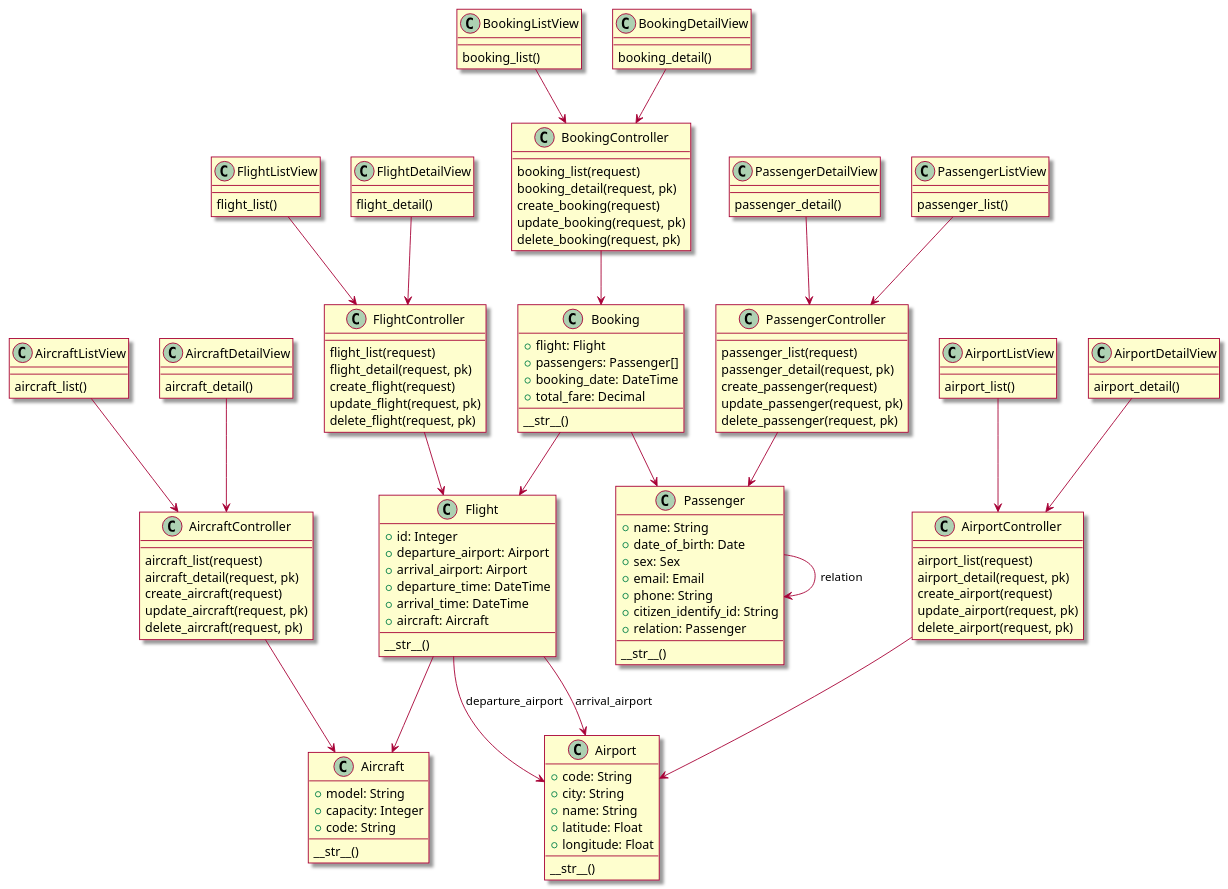
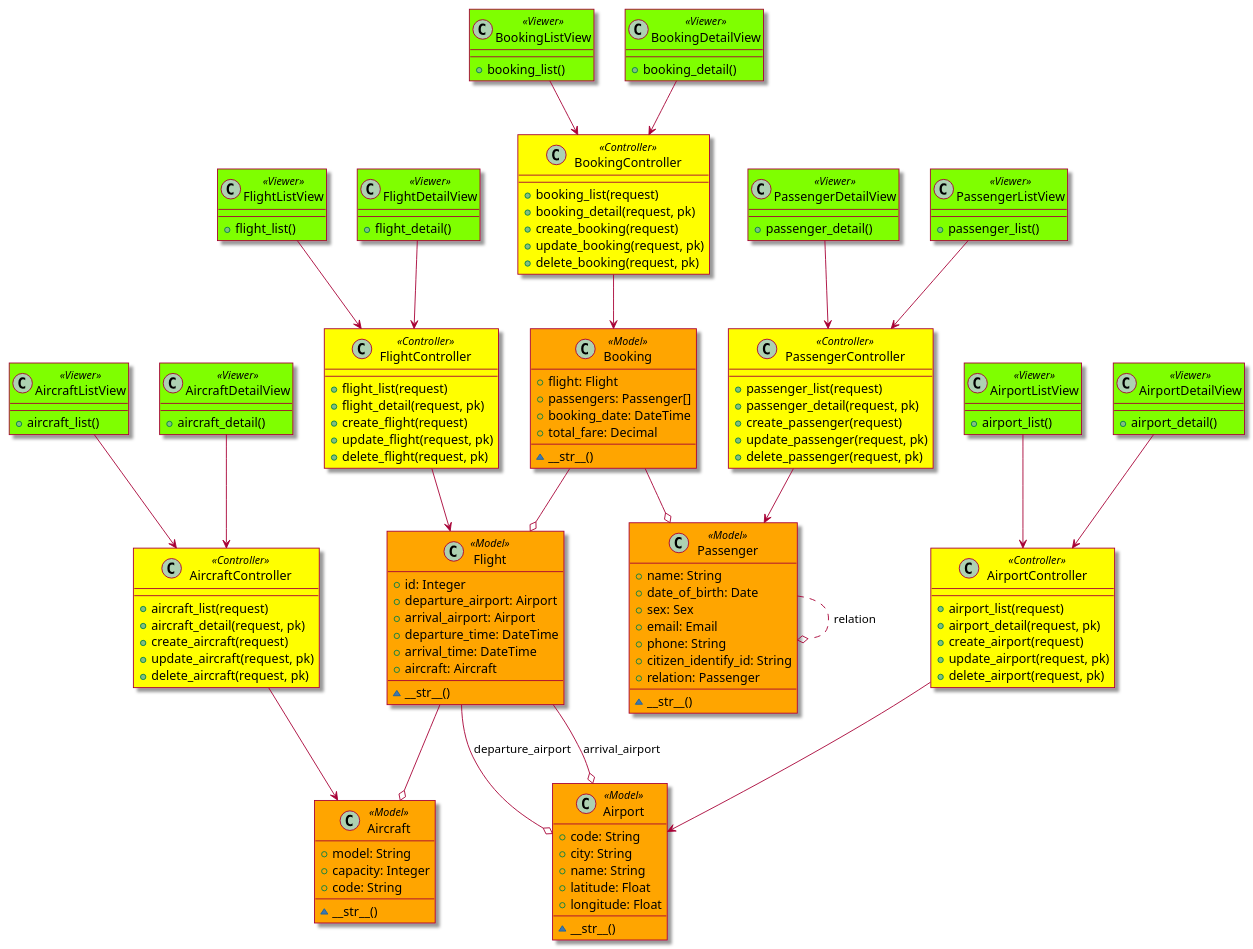
The diagram in documents/class.puml (t-pk/aviation-management-project), drawn with PlantUML before and after one commit. The commit also changed 1 other file, not shown here.

Commit message:
update class diagram

```diff
--- a/documents/class.puml
+++ b/documents/class.puml
@@ -1,154 +1,167 @@
 @startuml "class uml"
 
 skin rose
 
-class Flight {
+skinparam class {
+BackgroundColor<<Model>> orange
+}
+
+skinparam class {
+BackgroundColor<<Controller>> yellow
+}
+
+skinparam class {
+BackgroundColor<<Viewer>> chartreuse
+}
+
+
+class Flight <<Model>> {
     + id: Integer
     + departure_airport: Airport
     + arrival_airport: Airport
     + departure_time: DateTime
     + arrival_time: DateTime
     + aircraft: Aircraft
-    __str__()
+    ~ __str__()
 }
 
-class Aircraft {
+class Aircraft<<Model>> {
     + model: String
     + capacity: Integer
     + code: String
-    __str__()
+    ~ __str__()
 }
 
-class Airport {
+class Airport<<Model>> {
     + code: String
     + city: String
     + name: String
     + latitude: Float
     + longitude: Float
-    __str__()
+    ~ __str__()
 }
 
-class Passenger {
+class Passenger<<Model>> {
     + name: String
     + date_of_birth: Date
     + sex: Sex
     + email: Email
     + phone: String
     + citizen_identify_id: String
     + relation: Passenger
-    __str__()
+    ~ __str__()
 }
 
-class Booking {
+class Booking<<Model>> {
     + flight: Flight
     + passengers: Passenger[]
     + booking_date: DateTime
     + total_fare: Decimal
-    __str__()
+    ~ __str__()
 }
 
-class FlightListView {
-    flight_list()
+class FlightListView<<Viewer>> {
+    + flight_list()
 }
 
-class FlightDetailView {
-    flight_detail()
+class FlightDetailView<<Viewer>> {
+    + flight_detail()
 }
 
-class AirportListView {
-    airport_list()
+class AirportListView<<Viewer>> {
+    + airport_list()
 }
 
-class AirportDetailView {
-    airport_detail()
+class AirportDetailView<<Viewer>> {
+    + airport_detail()
 }
 
-class AircraftListView {
-    aircraft_list()
+class AircraftListView<<Viewer>> {
+    + aircraft_list()
 }
 
-class AircraftDetailView {
-    aircraft_detail()
+class AircraftDetailView<<Viewer>> {
+    + aircraft_detail()
 }
 
-class PassengerListView {
-    passenger_list()
+class PassengerListView<<Viewer>> {
+    + passenger_list()
 }
 
-class PassengerDetailView {
-    passenger_detail()
+class PassengerDetailView<<Viewer>> {
+    + passenger_detail()
 }
 
-class BookingListView {
-    booking_list()
+class BookingListView<<Viewer>> {
+    + booking_list()
 }
 
-class BookingDetailView {
-    booking_detail()
+class BookingDetailView<<Viewer>> {
+    + booking_detail()
 }
 
-class FlightController {
-    flight_list(request)
-    flight_detail(request, pk)
-    create_flight(request)
-    update_flight(request, pk)
-    delete_flight(request, pk)
+class FlightController<<Controller>> {
+    + flight_list(request)
+    + flight_detail(request, pk)
+    + create_flight(request)
+    + update_flight(request, pk)
+    + delete_flight(request, pk)
 }
 
-class AirportController {
-    airport_list(request)
-    airport_detail(request, pk)
-    create_airport(request)
-    update_airport(request, pk)
-    delete_airport(request, pk)
+class AirportController<<Controller>> {
+    + airport_list(request)
+    + airport_detail(request, pk)
+    + create_airport(request)
+    + update_airport(request, pk)
+    + delete_airport(request, pk)
 }
 
-class AircraftController {
-    aircraft_list(request)
-    aircraft_detail(request, pk)
-    create_aircraft(request)
-    update_aircraft(request, pk)
-    delete_aircraft(request, pk)
+class AircraftController<<Controller>> {
+    + aircraft_list(request)
+    + aircraft_detail(request, pk)
+    + create_aircraft(request)
+    + update_aircraft(request, pk)
+    + delete_aircraft(request, pk)
 }
 
-class PassengerController {
-    passenger_list(request)
-    passenger_detail(request, pk)
-    create_passenger(request)
-    update_passenger(request, pk)
-    delete_passenger(request, pk)
+class PassengerController<<Controller>> {
+    + passenger_list(request)
+    + passenger_detail(request, pk)
+    + create_passenger(request)
+    + update_passenger(request, pk)
+    + delete_passenger(request, pk)
 }
 
-class BookingController {
-    booking_list(request)
-    booking_detail(request, pk)
-    create_booking(request)
-    update_booking(request, pk)
-    delete_booking(request, pk)
+class BookingController<<Controller>> {
+    + booking_list(request)
+    + booking_detail(request, pk)
+    + create_booking(request)
+    + update_booking(request, pk)
+    + delete_booking(request, pk)
 }
 
 FlightListView --> FlightController
 FlightDetailView --> FlightController
 AirportListView --> AirportController
 AirportDetailView --> AirportController
 AircraftListView --> AircraftController
 AircraftDetailView --> AircraftController
 PassengerListView --> PassengerController
 PassengerDetailView --> PassengerController
 BookingListView --> BookingController
 BookingDetailView --> BookingController
 
 FlightController --> Flight
 AirportController --> Airport
 AircraftController --> Aircraft
 PassengerController --> Passenger
 BookingController --> Booking
 
-Passenger --> Passenger: relation
-Flight --> Airport: departure_airport
-Flight --> Airport: arrival_airport
-Flight --> Aircraft
-Booking --> Flight
-Booking --> Passenger
+Passenger ..o Passenger: relation
+Flight --o Airport: departure_airport
+Flight --o Airport: arrival_airport
+Flight --o Aircraft
+Booking --o Flight
+Booking --o Passenger
 
 @enduml
```
